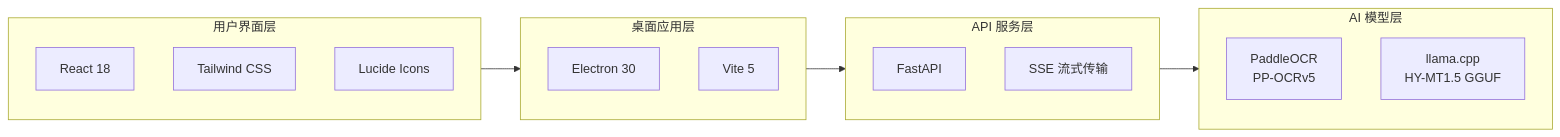
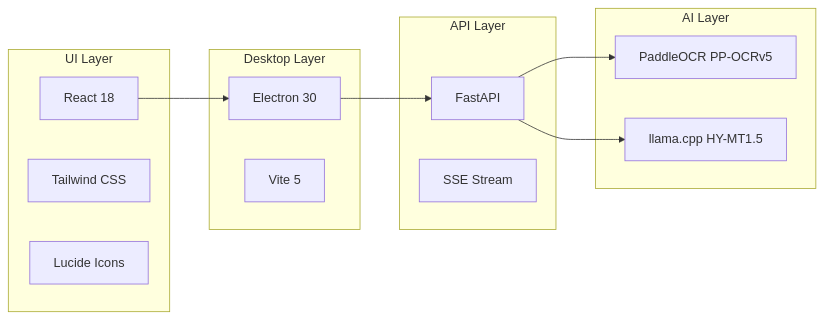
One commit to GTJasonMK/RSTA changed the third of 13 diagrams in README.md. Above: the diagram before and after it, drawn with Mermaid. The commit also changed other lines of this file, not shown here.

Commit message:
修改README图表显示bug

````diff
--- a/README.md
+++ b/README.md
@@ -92,27 +88,28 @@
 ```mermaid
 graph LR
-    subgraph UI["用户界面层"]
-        React["React 18"]
-        Tailwind["Tailwind CSS"]
-        Lucide["Lucide Icons"]
+    subgraph UI Layer
+        React[React 18]
+        Tailwind[Tailwind CSS]
+        Lucide[Lucide Icons]
     end
 
-    subgraph Desktop["桌面应用层"]
-        Electron["Electron 30"]
-        Vite["Vite 5"]
+    subgraph Desktop Layer
+        Electron[Electron 30]
+        Vite[Vite 5]
     end
 
-    subgraph API["API 服务层"]
-        FastAPI["FastAPI"]
-        SSE["SSE 流式传输"]
+    subgraph API Layer
+        FastAPI[FastAPI]
+        SSE[SSE Stream]
     end
 
-    subgraph AI["AI 模型层"]
-        Paddle["PaddleOCR<br/>PP-OCRv5"]
-        Llama["llama.cpp<br/>HY-MT1.5 GGUF"]
+    subgraph AI Layer
+        Paddle[PaddleOCR PP-OCRv5]
+        Llama[llama.cpp HY-MT1.5]
     end
 
-    UI --> Desktop
-    Desktop --> API
-    API --> AI
+    React --> Electron
+    Electron --> FastAPI
+    FastAPI --> Paddle
+    FastAPI --> Llama
 ```
````
